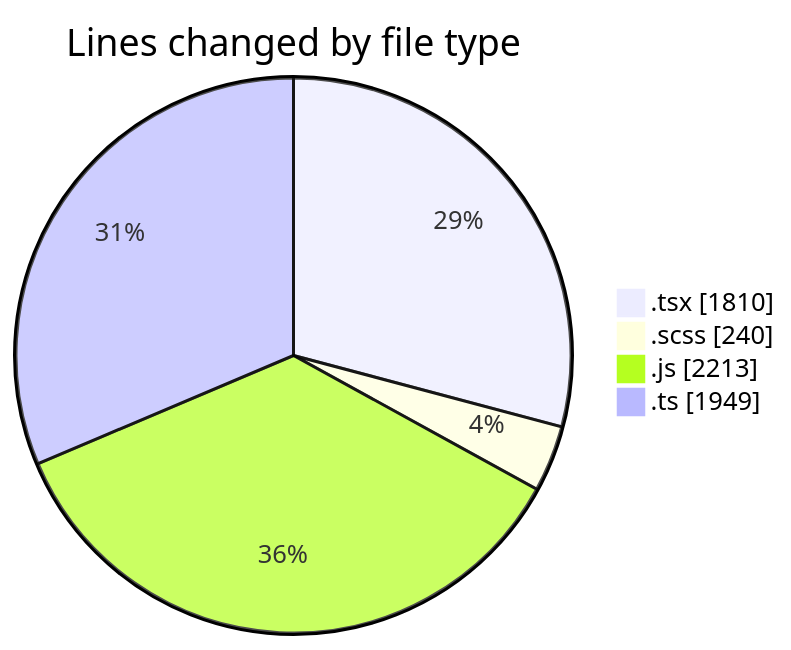
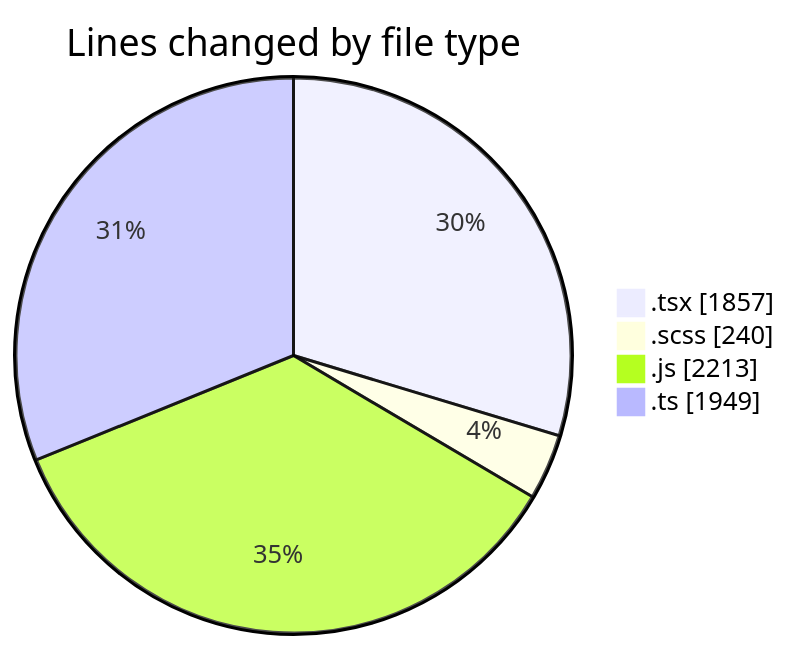
The first of 2 diagrams in 2026-06-17/cda/README.md (momahboobian/code-tracking), drawn with Mermaid before and after one commit. The commit also changed other lines of this file and 1 other file, not shown here.

````diff
--- a/2026-06-17/cda/README.md
+++ b/2026-06-17/cda/README.md
@@ -49,8 +49,8 @@
 ```mermaid
 pie showData
 title Lines changed by file type
-".tsx" : 1810
+".tsx" : 1857
 ".scss" : 240
 ".js" : 2213
 ".ts" : 1949
 ```
````
